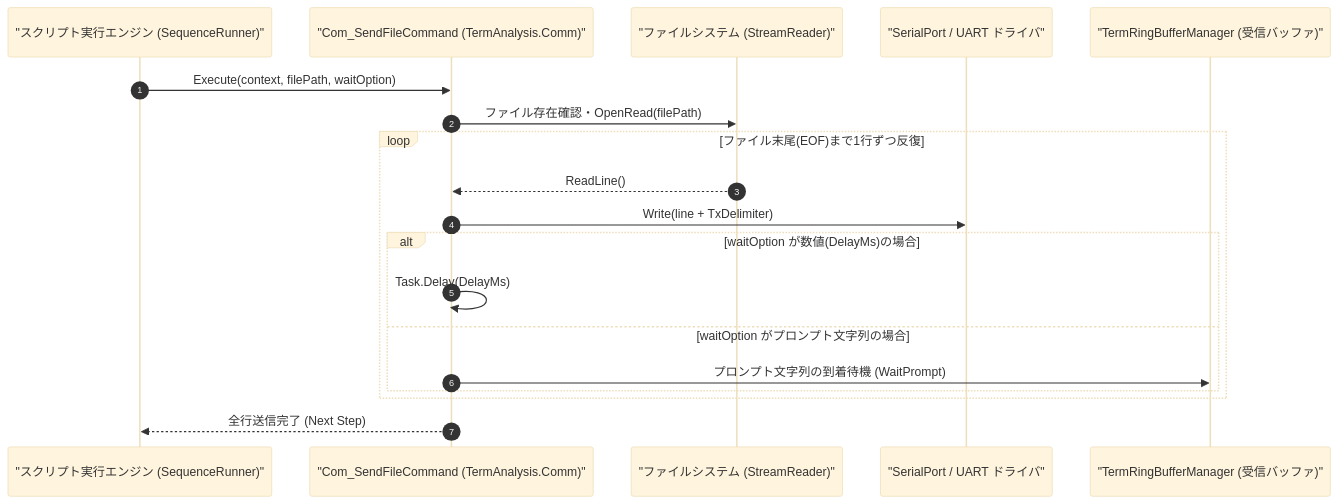
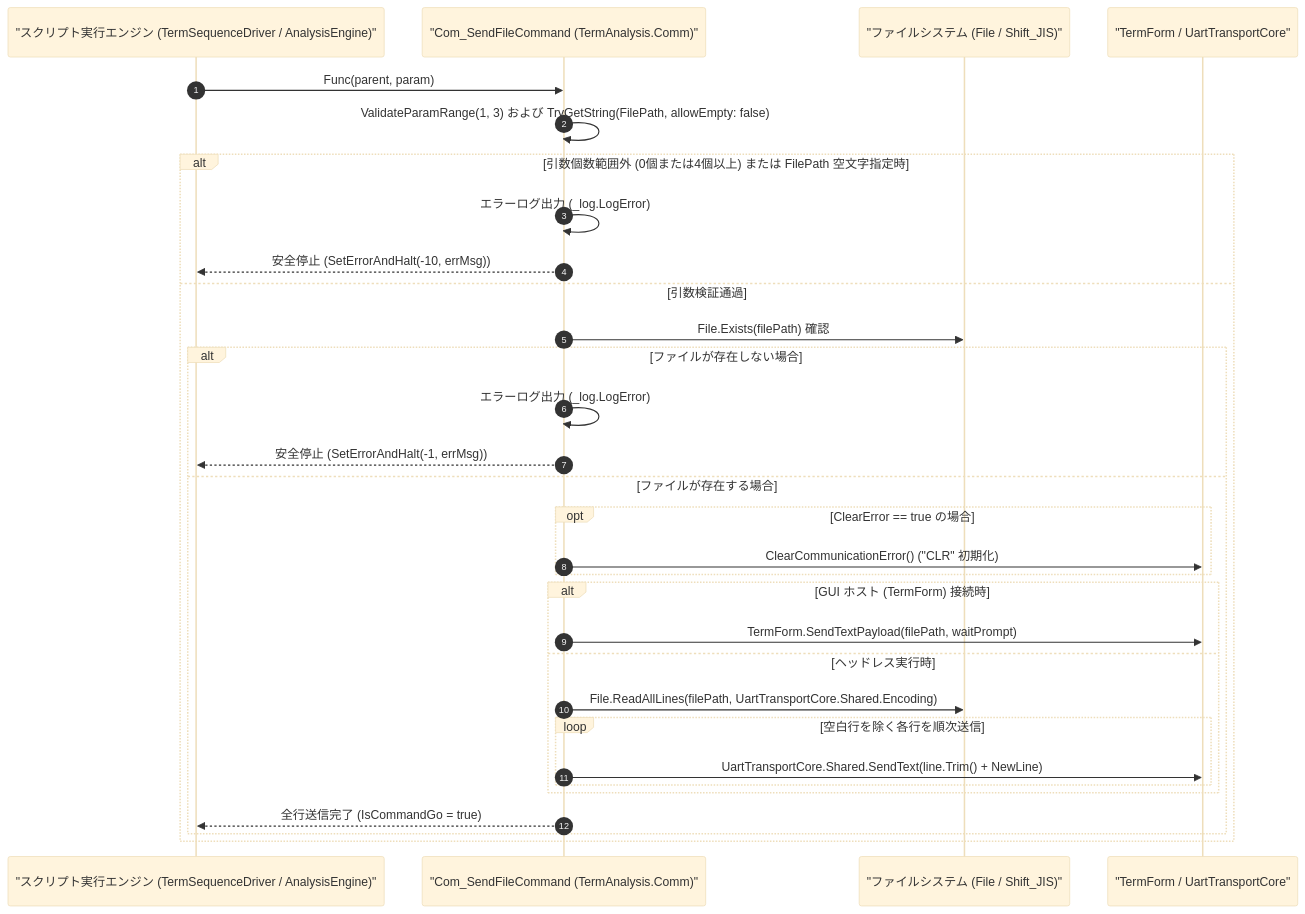
Before and after one commit to Monaca-App/TermAddIn_Comm: the diagram in Manual/Comm/Com_SendFile.Md, drawn with Mermaid (base theme). The commit also changed other lines of this file and 11 other files, not shown here.

````diff
--- a/Manual/Comm/Com_SendFile.Md
+++ b/Manual/Comm/Com_SendFile.Md
@@ -68,22 +69,34 @@
 ```mermaid
 sequenceDiagram
     autonumber
-    participant Script as "スクリプト実行エンジン (SequenceRunner)"
+    participant Script as "スクリプト実行エンジン (TermSequenceDriver / AnalysisEngine)"
     participant Cmd as "Com_SendFileCommand (TermAnalysis.Comm)"
-    participant FS as "ファイルシステム (StreamReader)"
-    participant Port as "SerialPort / UART ドライバ"
-    participant Buf as "TermRingBufferManager (受信バッファ)"
+    participant FS as "ファイルシステム (File / Shift_JIS)"
+    participant UI as "TermForm / UartTransportCore"
 
-    Script->>Cmd: Execute(context, filePath, waitOption)
-    Cmd->>FS: ファイル存在確認・OpenRead(filePath)
-    loop ファイル末尾(EOF)まで1行ずつ反復
-        FS-->>Cmd: ReadLine()
-        Cmd->>Port: Write(line + TxDelimiter)
-        alt waitOption が数値(DelayMs)の場合
-            Cmd->>Cmd: Task.Delay(DelayMs)
-        else waitOption がプロンプト文字列の場合
-            Cmd->>Buf: プロンプト文字列の到着待機 (WaitPrompt)
+    Script->>Cmd: Func(parent, param)
+    Cmd->>Cmd: ValidateParamRange(1, 3) および TryGetString(FilePath, allowEmpty: false)
+    alt 引数個数範囲外 (0個または4個以上) または FilePath 空文字指定時
+        Cmd->>Cmd: エラーログ出力 (_log.LogError)
+        Cmd-->>Script: 安全停止 (SetErrorAndHalt(-10, errMsg))
+    else 引数検証通過
+        Cmd->>FS: File.Exists(filePath) 確認
+        alt ファイルが存在しない場合
+            Cmd->>Cmd: エラーログ出力 (_log.LogError)
+            Cmd-->>Script: 安全停止 (SetErrorAndHalt(-1, errMsg))
+        else ファイルが存在する場合
+            opt ClearError == true の場合
+                Cmd->>UI: ClearCommunicationError() ("CLR" 初期化)
+            end
+            alt GUI ホスト (TermForm) 接続時
+                Cmd->>UI: TermForm.SendTextPayload(filePath, waitPrompt)
+            else ヘッドレス実行時
+                Cmd->>FS: File.ReadAllLines(filePath, UartTransportCore.Shared.Encoding)
+                loop 空白行を除く各行を順次送信
+                    Cmd->>UI: UartTransportCore.Shared.SendText(line.Trim() + NewLine)
+                end
+            end
+            Cmd-->>Script: 全行送信完了 (IsCommandGo = true)
         end
     end
-    Cmd-->>Script: 全行送信完了 (Next Step)
 ```
````
